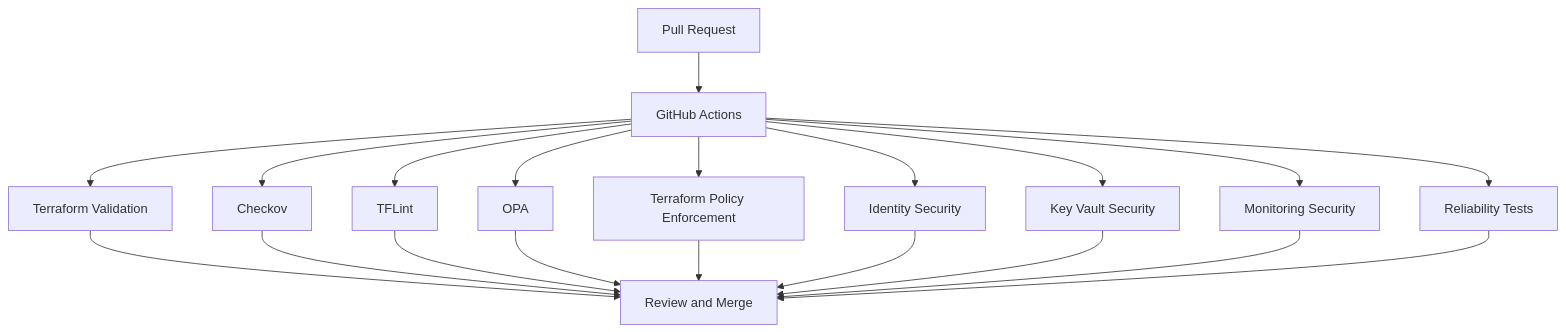
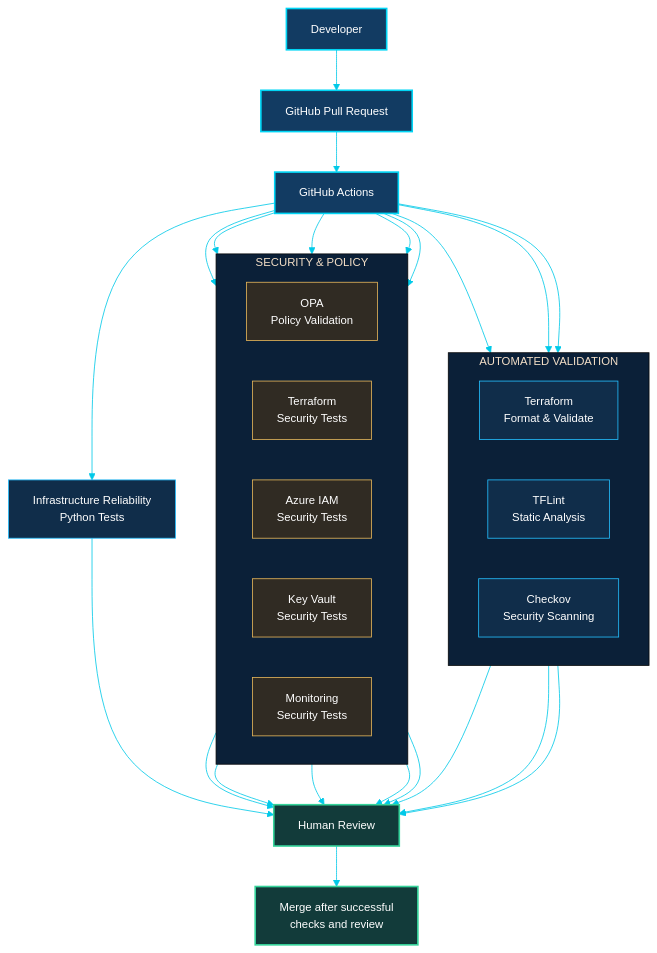
The second of 3 diagrams in docs/architecture/diagrams.md (samueltexas/InfraForge), drawn with Mermaid before and after one commit. The commit also changed other lines of this file, not shown here.

First line of the commit message:
docs: improve visual architecture documentation (#11)

````diff
--- a/docs/architecture/diagrams.md
+++ b/docs/architecture/diagrams.md
@@ -37,35 +87,59 @@
 ```mermaid
-flowchart TD
-    PR["Pull Request"]
+%%{init: {"theme":"base","themeVariables":{"background":"#071426","primaryColor":"#102B46","primaryTextColor":"#F2F7FC","primaryBorderColor":"#00D5F5","lineColor":"#00C9E8","secondaryColor":"#123653","tertiaryColor":"#0B2038","fontFamily":"Inter, Arial","fontSize":"14px"}}}%%
+flowchart TB
+    DEV["Developer"]
+    PR["GitHub Pull Request"]
     CI["GitHub Actions"]
-    TF["Terraform Validation"]
-    CHECKOV["Checkov"]
-    TFLINT["TFLint"]
-    OPA["OPA"]
-    POLICY["Terraform Policy Enforcement"]
-    IAM["Identity Security"]
-    KV["Key Vault Security"]
-    MON["Monitoring Security"]
-    REL["Reliability Tests"]
-    REVIEW["Review and Merge"]
 
-    PR --> CI
+    DEV --> PR --> CI
+
+    subgraph VALIDATION["AUTOMATED VALIDATION"]
+        direction LR
+        TF["Terraform<br/>Format & Validate"]
+        LINT["TFLint<br/>Static Analysis"]
+        SCAN["Checkov<br/>Security Scanning"]
+    end
+
+    subgraph SECURITY["SECURITY & POLICY"]
+        direction LR
+        OPA["OPA<br/>Policy Validation"]
+        POLICY["Terraform<br/>Security Tests"]
+        IAM["Azure IAM<br/>Security Tests"]
+        KV["Key Vault<br/>Security Tests"]
+        MON["Monitoring<br/>Security Tests"]
+    end
+
+    REL["Infrastructure Reliability<br/>Python Tests"]
+
     CI --> TF
-    CI --> CHECKOV
-    CI --> TFLINT
+    CI --> LINT
+    CI --> SCAN
     CI --> OPA
     CI --> POLICY
     CI --> IAM
     CI --> KV
     CI --> MON
     CI --> REL
-    TF --> REVIEW
-    CHECKOV --> REVIEW
-    TFLINT --> REVIEW
+
+    TF --> REVIEW["Human Review"]
+    LINT --> REVIEW
+    SCAN --> REVIEW
     OPA --> REVIEW
     POLICY --> REVIEW
     IAM --> REVIEW
     KV --> REVIEW
     MON --> REVIEW
     REL --> REVIEW
+
+    REVIEW --> MERGE["Merge after successful<br/>checks and review"]
+
+    classDef entry fill:#123B62,stroke:#00D5F5,color:#FFFFFF,stroke-width:2px
+    classDef validation fill:#102D4A,stroke:#25BFFF,color:#FFFFFF
+    classDef security fill:#302B23,stroke:#E6B65A,color:#FFFFFF
+    classDef result fill:#123B3A,stroke:#35D39A,color:#FFFFFF,stroke-width:2px
+
+    class DEV,PR,CI entry
+    class TF,LINT,SCAN,REL validation
+    class OPA,POLICY,IAM,KV,MON security
+    class REVIEW,MERGE result
 ```
````
